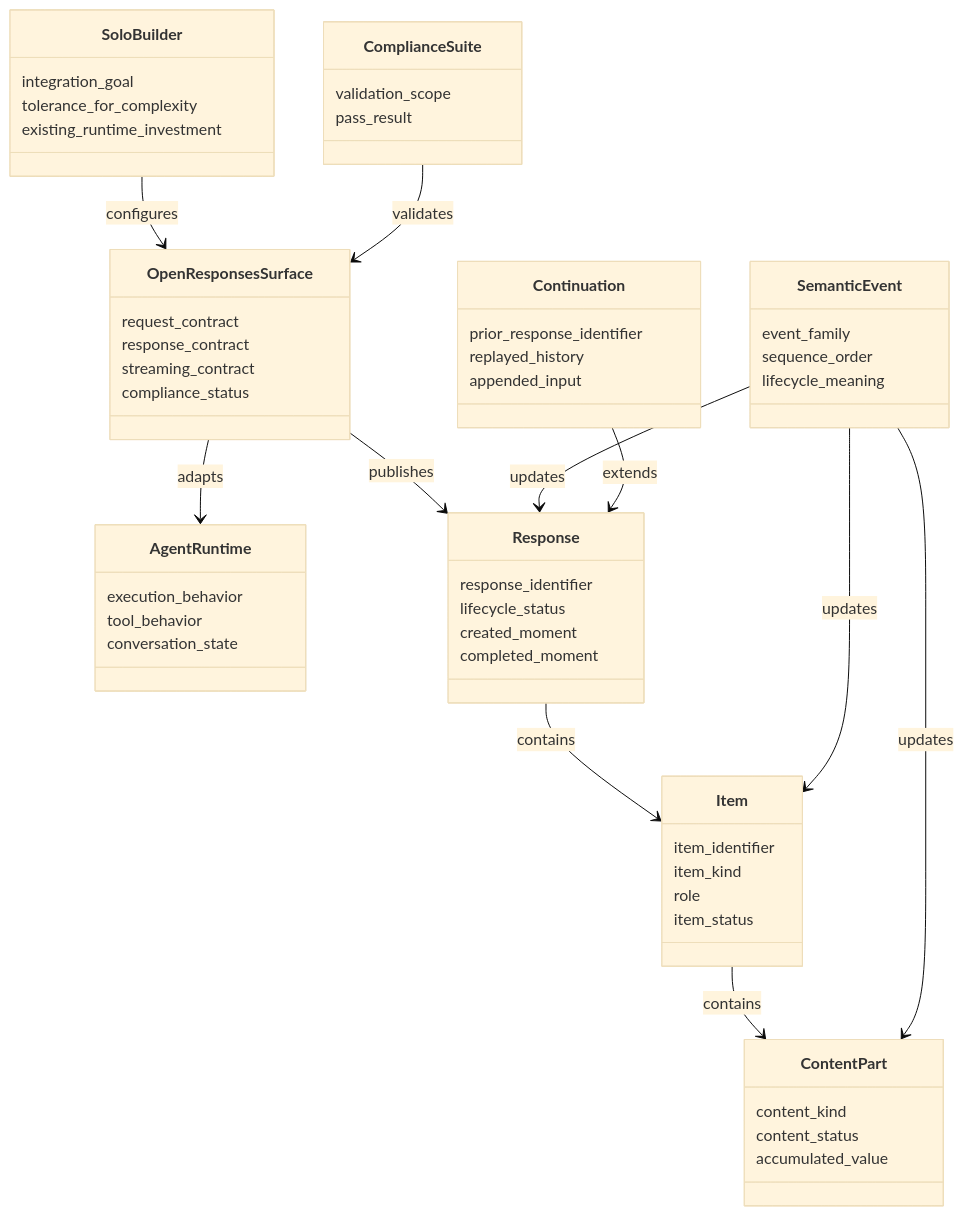
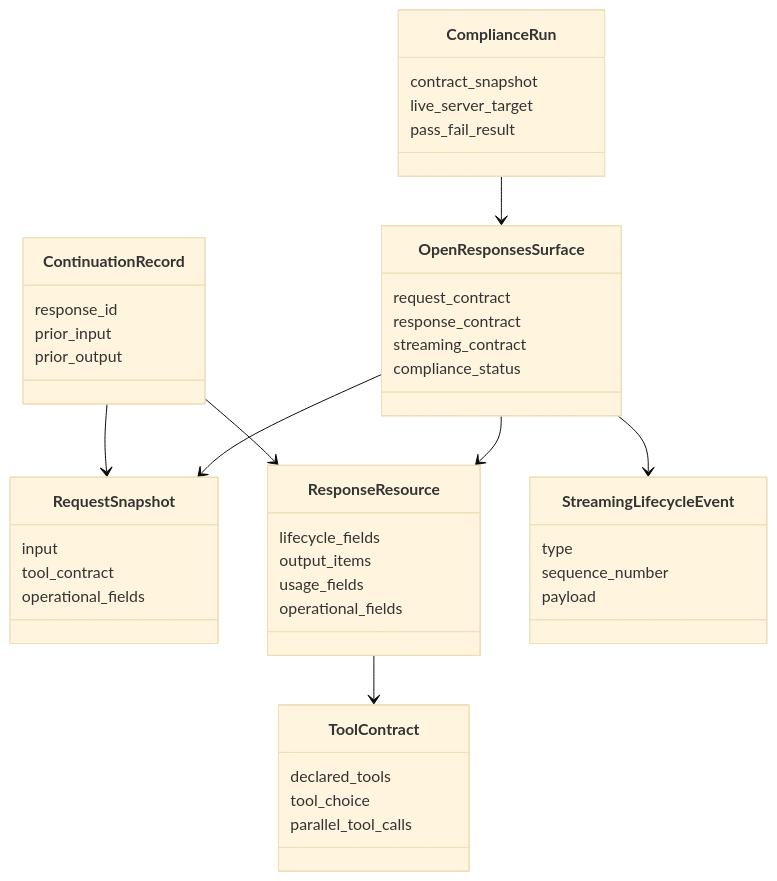
The second of 2 diagrams in packages/openresponses-adapter/docs/PRD.md (SkrOYC/langchain-middlewares-callbacks-ts), drawn with Mermaid (base theme) before and after one commit. The commit also changed other lines of this file and 3 other files, not shown here.

````diff
--- a/packages/openresponses-adapter/docs/PRD.md
+++ b/packages/openresponses-adapter/docs/PRD.md
@@ -240,69 +192,54 @@
 ```mermaid
 classDiagram
-    class SoloBuilder {
-      integration_goal
-      tolerance_for_complexity
-      existing_runtime_investment
-    }
-
     class OpenResponsesSurface {
       request_contract
       response_contract
       streaming_contract
       compliance_status
     }
 
-    class AgentRuntime {
-      execution_behavior
-      tool_behavior
-      conversation_state
+    class RequestSnapshot {
+      input
+      tool_contract
+      operational_fields
     }
 
-    class SemanticEvent {
-      event_family
-      sequence_order
-      lifecycle_meaning
+    class ResponseResource {
+      lifecycle_fields
+      output_items
+      usage_fields
+      operational_fields
     }
 
-    class Response {
-      response_identifier
-      lifecycle_status
-      created_moment
-      completed_moment
+    class StreamingLifecycleEvent {
+      type
+      sequence_number
+      payload
     }
 
-    class Item {
-      item_identifier
-      item_kind
-      role
-      item_status
+    class ContinuationRecord {
+      response_id
+      prior_input
+      prior_output
     }
 
-    class ContentPart {
-      content_kind
-      content_status
-      accumulated_value
+    class ToolContract {
+      declared_tools
+      tool_choice
+      parallel_tool_calls
     }
 
-    class Continuation {
-      prior_response_identifier
-      replayed_history
-      appended_input
+    class ComplianceRun {
+      contract_snapshot
+      live_server_target
+      pass_fail_result
     }
 
-    class ComplianceSuite {
-      validation_scope
-      pass_result
-    }
-
-    SoloBuilder --> OpenResponsesSurface : configures
-    OpenResponsesSurface --> AgentRuntime : adapts
-    OpenResponsesSurface --> Response : publishes
-    Response --> Item : contains
-    Item --> ContentPart : contains
-    SemanticEvent --> Response : updates
-    SemanticEvent --> Item : updates
-    SemanticEvent --> ContentPart : updates
-    Continuation --> Response : extends
-    ComplianceSuite --> OpenResponsesSurface : validates
+    OpenResponsesSurface --> RequestSnapshot
+    OpenResponsesSurface --> ResponseResource
+    OpenResponsesSurface --> StreamingLifecycleEvent
+    ResponseResource --> ToolContract
+    ContinuationRecord --> RequestSnapshot
+    ContinuationRecord --> ResponseResource
+    ComplianceRun --> OpenResponsesSurface
 ```
````
